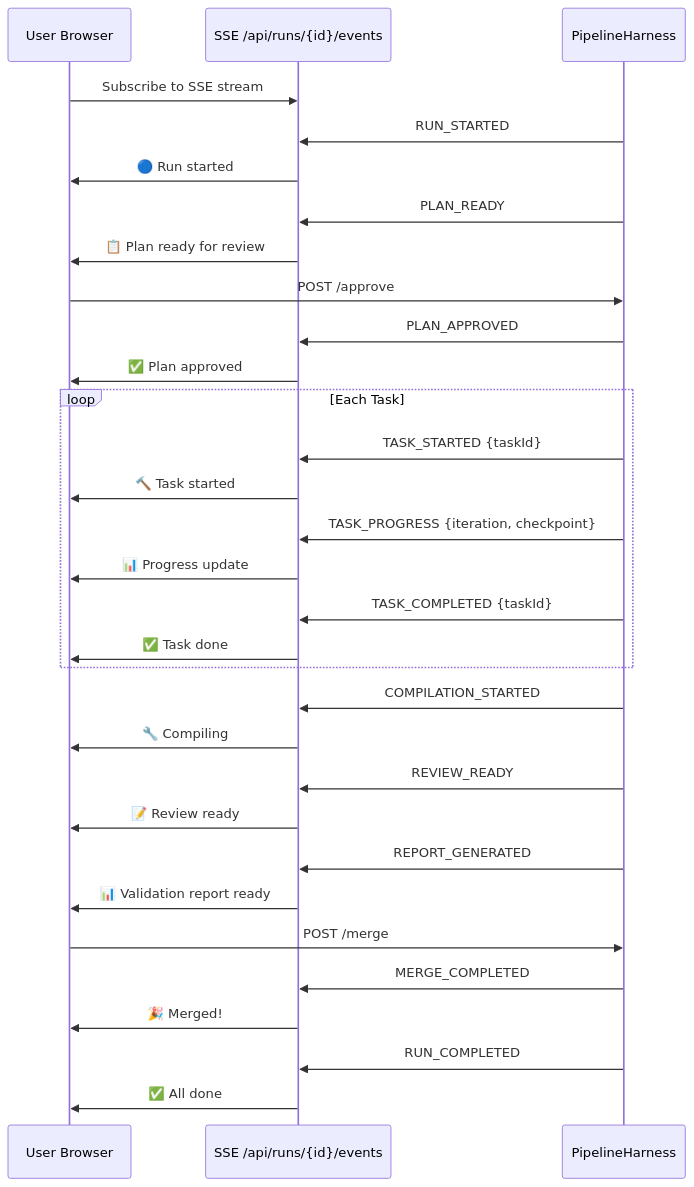
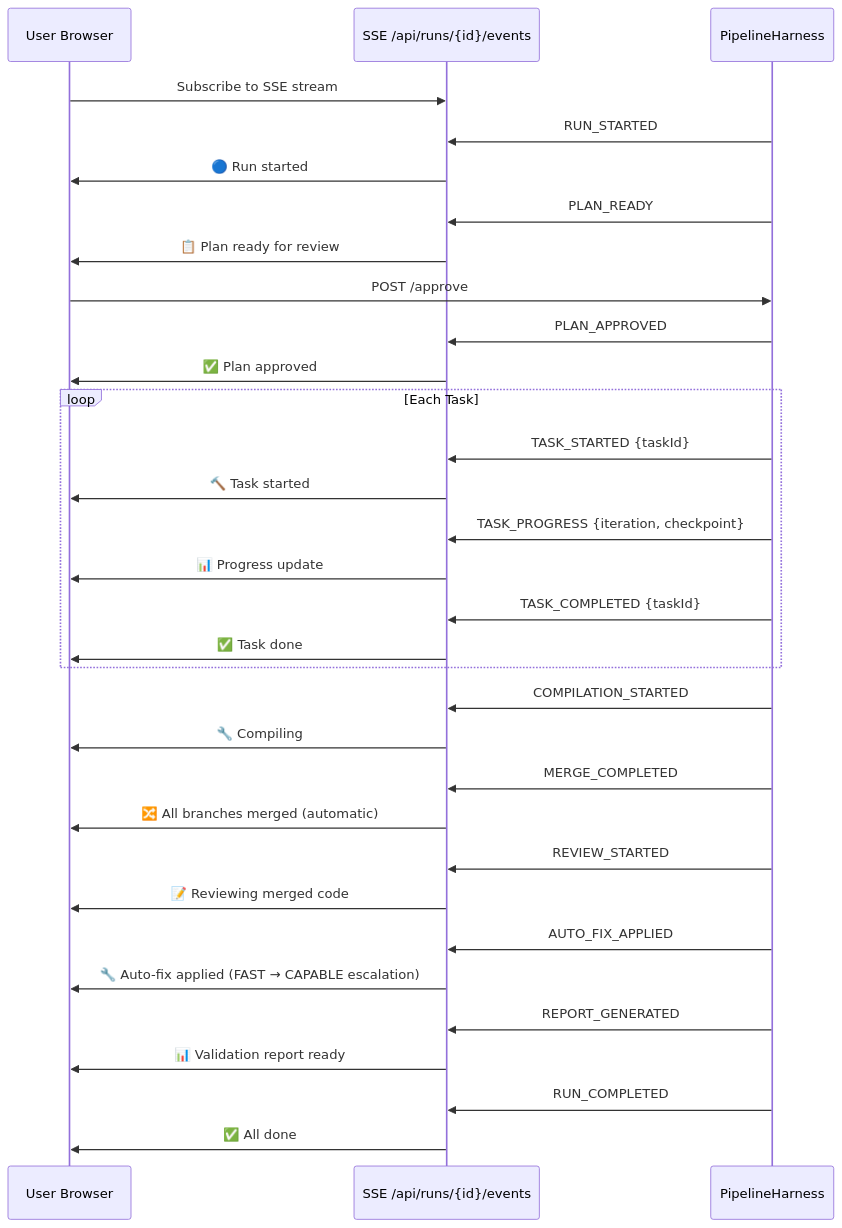
Before and after one commit to navneetprabhakar/executespec: the second of 23 diagrams in docs/WORKFLOWS.md, drawn with Mermaid. The commit also changed other lines of this file and 45 other files, not shown here.

````diff
--- a/docs/WORKFLOWS.md
+++ b/docs/WORKFLOWS.md
@@ -95,34 +93,35 @@
 ```mermaid
 sequenceDiagram
     participant U as User Browser
     participant S as SSE /api/runs/{id}/events
     participant P as PipelineHarness
 
     U->>S: Subscribe to SSE stream
     P->>S: RUN_STARTED
     S->>U: 🔵 Run started
     P->>S: PLAN_READY
     S->>U: 📋 Plan ready for review
     U->>P: POST /approve
     P->>S: PLAN_APPROVED
     S->>U: ✅ Plan approved
     loop Each Task
         P->>S: TASK_STARTED {taskId}
         S->>U: 🔨 Task started
         P->>S: TASK_PROGRESS {iteration, checkpoint}
         S->>U: 📊 Progress update
         P->>S: TASK_COMPLETED {taskId}
         S->>U: ✅ Task done
     end
     P->>S: COMPILATION_STARTED
     S->>U: 🔧 Compiling
-    P->>S: REVIEW_READY
-    S->>U: 📝 Review ready
+    P->>S: MERGE_COMPLETED
+    S->>U: 🔀 All branches merged (automatic)
+    P->>S: REVIEW_STARTED
+    S->>U: 📝 Reviewing merged code
+    P->>S: AUTO_FIX_APPLIED
+    S->>U: 🔧 Auto-fix applied (FAST → CAPABLE escalation)
     P->>S: REPORT_GENERATED
     S->>U: 📊 Validation report ready
-    U->>P: POST /merge
-    P->>S: MERGE_COMPLETED
-    S->>U: 🎉 Merged!
     P->>S: RUN_COMPLETED
     S->>U: ✅ All done
 ```
````
